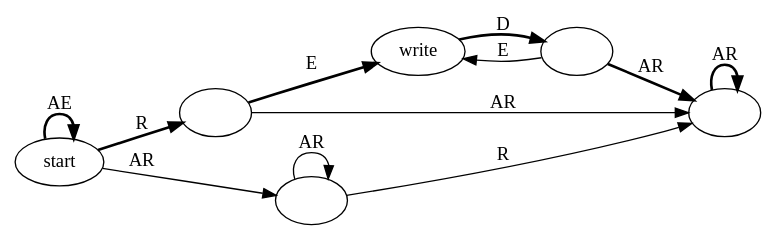
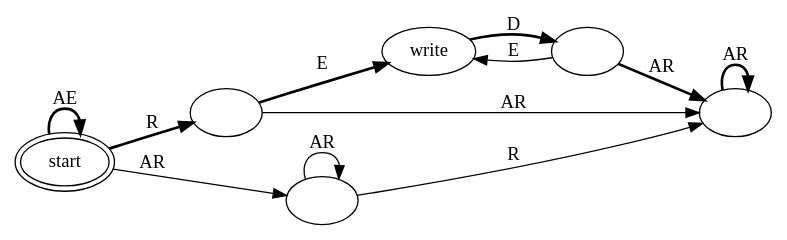
The diagram in osdi/opgroup_transitions.dot (ucla-readable/fstitch-doc), drawn with Graphviz before and after one commit.

Commit message:
r2427: Gave the start node a double ouline in case we end up using the dot version of this diagram

```diff
--- a/osdi/opgroup_transitions.dot
+++ b/osdi/opgroup_transitions.dot
@@ -1,21 +1,21 @@
 digraph opgrouptransitions
 {
 	rankdir=LR
-	"start" [label="start"]
+	"start" [label="start",peripheries=2]
 	"a" [label=""]
 	"b" [label="write"]
 	"c" [label=""]
 	"d" [label=""]
 	"e" [label=""]
 	"start" -> "start" [label="AE",style=bold]
 	"start" -> "a" [label="R",style=bold]
 	"start" -> "d" [label="AR"]
 	"a" -> "b" [label="E",style=bold]
 	"a" -> "e" [label="AR"]
 	"b" -> "c" [label="D",style=bold]
 	"c" -> "b" [label="E"]
 	"c" -> "e" [label="AR",style=bold]
 	"d" -> "d" [label="AR"]
 	"d" -> "e" [label="R"]
 	"e" -> "e" [label="AR",style=bold]
 }
```
